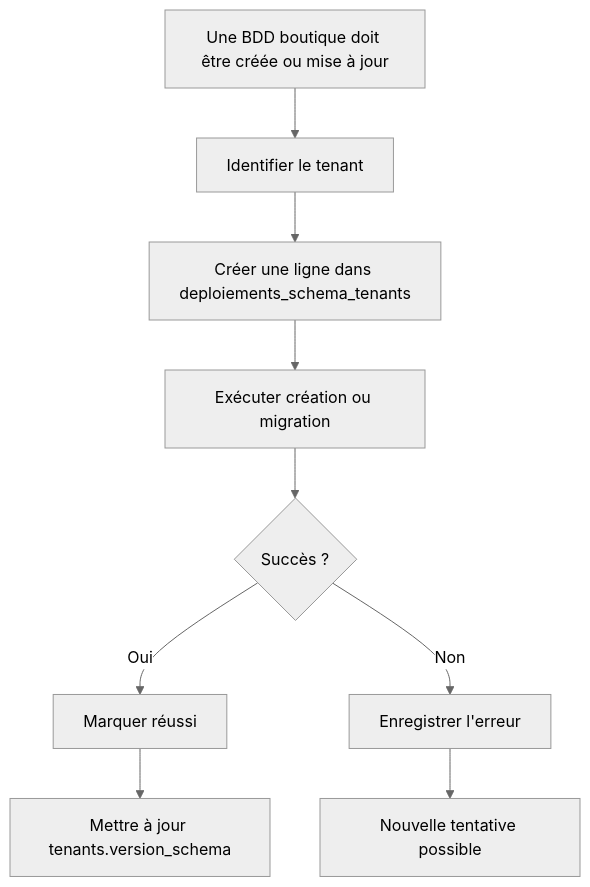
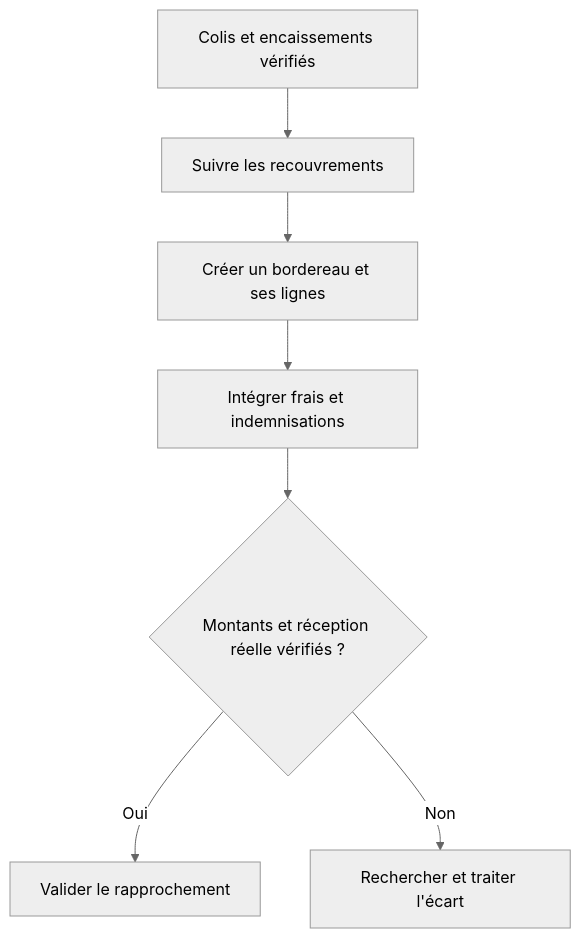
Diagram 13 of 23 in BDD-centrale-C1-C14-explication-simple.md (unitealfa/saas-ecom), drawn with Mermaid (neutral theme) before and after one commit. The commit also changed other lines of this file, not shown here.

````diff
--- a/BDD-centrale-C1-C14-explication-simple.md
+++ b/BDD-centrale-C1-C14-explication-simple.md
@@ -608,11 +697,9 @@
 ```mermaid
 flowchart TD
-    A["Une BDD boutique doit être créée ou mise à jour"] --> B["Identifier le tenant"]
-    B --> C["Créer une ligne dans deploiements_schema_tenants"]
-    C --> D["Exécuter création ou migration"]
-    D --> E{"Succès ?"}
-    E -->|Oui| F["Marquer réussi"]
-    F --> G["Mettre à jour tenants.version_schema"]
-    E -->|Non| H["Enregistrer l'erreur"]
-    H --> I["Nouvelle tentative possible"]
+    A["Colis et encaissements vérifiés"] --> B["Suivre les recouvrements"]
+    B --> C["Créer un bordereau et ses lignes"]
+    C --> D["Intégrer frais et indemnisations"]
+    D --> E{"Montants et réception réelle vérifiés ?"}
+    E -->|Oui| F["Valider le rapprochement"]
+    E -->|Non| G["Rechercher et traiter l'écart"]
 ```
````
